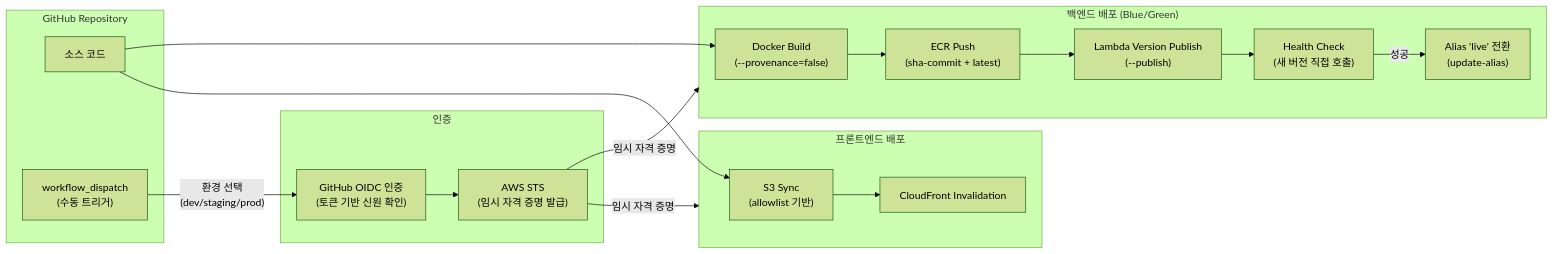
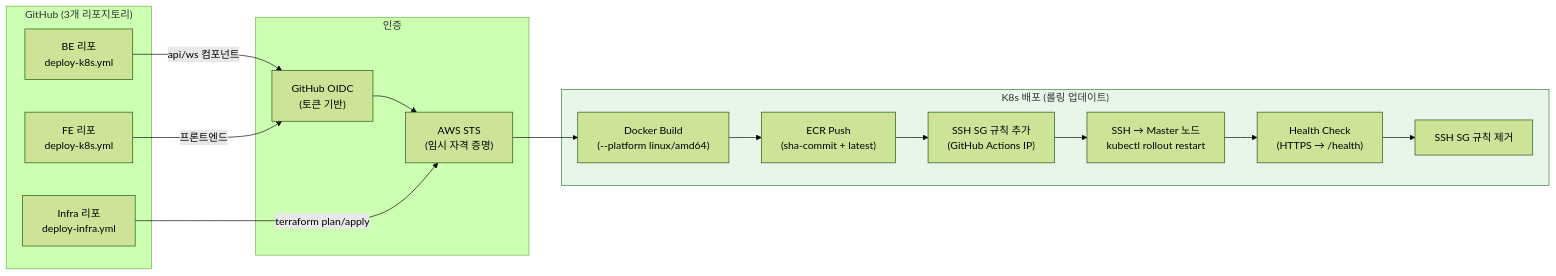
One commit to 80-hours-a-week/2-cho-community-be changed the fifth of 18 diagrams in report.md. Above: the diagram before and after it, drawn with Mermaid (forest theme). The commit also changed other lines of this file, not shown here.

First line of the commit message:
docs: report.md Lambda→K8s 아키텍처 전면 갱신

````diff
--- a/report.md
+++ b/report.md
@@ -399,39 +301,36 @@
 ```mermaid
 flowchart LR
-    subgraph GitHub["GitHub Repository"]
-        Code["소스 코드"]
-        WD["workflow_dispatch<br/>(수동 트리거)"]
+    subgraph GitHub["GitHub (3개 리포지토리)"]
+        BE["BE 리포<br/>deploy-k8s.yml"]
+        FE["FE 리포<br/>deploy-k8s.yml"]
+        Infra["Infra 리포<br/>deploy-infra.yml"]
     end
 
     subgraph Auth["인증"]
-        OIDC["GitHub OIDC 인증<br/>(토큰 기반 신원 확인)"]
-        STS["AWS STS<br/>(임시 자격 증명 발급)"]
+        OIDC["GitHub OIDC<br/>(토큰 기반)"]
+        STS["AWS STS<br/>(임시 자격 증명)"]
     end
 
-    subgraph Backend_Deploy["백엔드 배포 (Blue/Green)"]
-        Docker["Docker Build<br/>(--provenance=false)"]
+    subgraph K8s_Deploy["K8s 배포 (롤링 업데이트)"]
+        Docker["Docker Build<br/>(--platform linux/amd64)"]
         ECR_Push["ECR Push<br/>(sha-commit + latest)"]
-        Lambda_Publish["Lambda Version Publish<br/>(--publish)"]
-        Health["Health Check<br/>(새 버전 직접 호출)"]
-        Alias_Switch["Alias 'live' 전환<br/>(update-alias)"]
+        SG_Open["SSH SG 규칙 추가<br/>(GitHub Actions IP)"]
+        SSH["SSH → Master 노드<br/>kubectl rollout restart"]
+        Health["Health Check<br/>(HTTPS → /health)"]
+        SG_Close["SSH SG 규칙 제거"]
     end
 
-    subgraph Frontend_Deploy["프론트엔드 배포"]
-        S3_Sync["S3 Sync<br/>(allowlist 기반)"]
-        CF_Inv["CloudFront Invalidation"]
-    end
+    BE -->|"api/ws 컴포넌트"| OIDC
+    FE -->|"프론트엔드"| OIDC
+    OIDC --> STS
+    STS --> Docker
+    Docker --> ECR_Push
+    ECR_Push --> SG_Open
+    SG_Open --> SSH
+    SSH --> Health
+    Health --> SG_Close
 
-    WD -->|"환경 선택<br/>(dev/staging/prod)"| OIDC
-    OIDC --> STS
-    STS -->|"임시 자격 증명"| Backend_Deploy
-    STS -->|"임시 자격 증명"| Frontend_Deploy
+    Infra -->|"terraform plan/apply"| STS
 
-    Code --> Docker
-    Docker --> ECR_Push
-    ECR_Push --> Lambda_Publish
-    Lambda_Publish --> Health
-    Health -->|"성공"| Alias_Switch
-
-    Code --> S3_Sync
-    S3_Sync --> CF_Inv
+    style K8s_Deploy fill:#e8f5e9,stroke:#2e7d32
 ```
````
